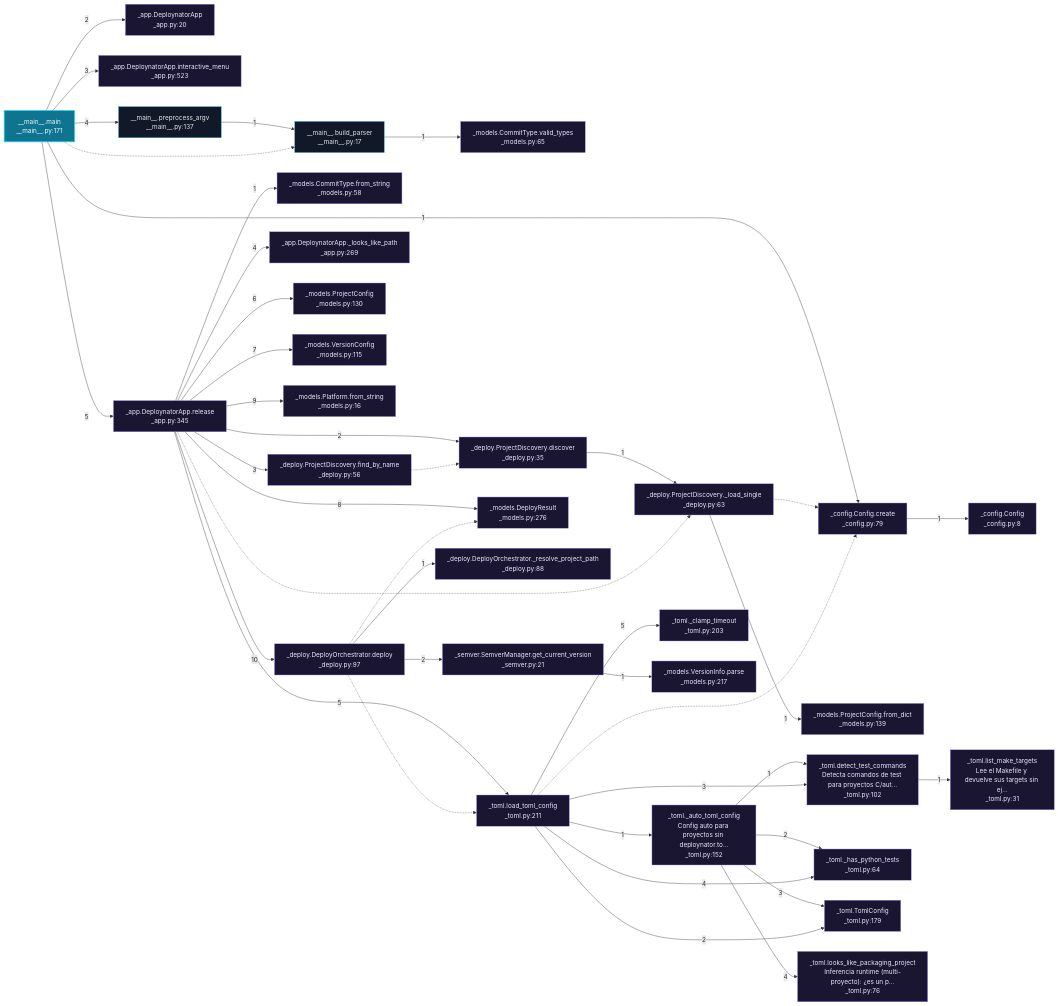
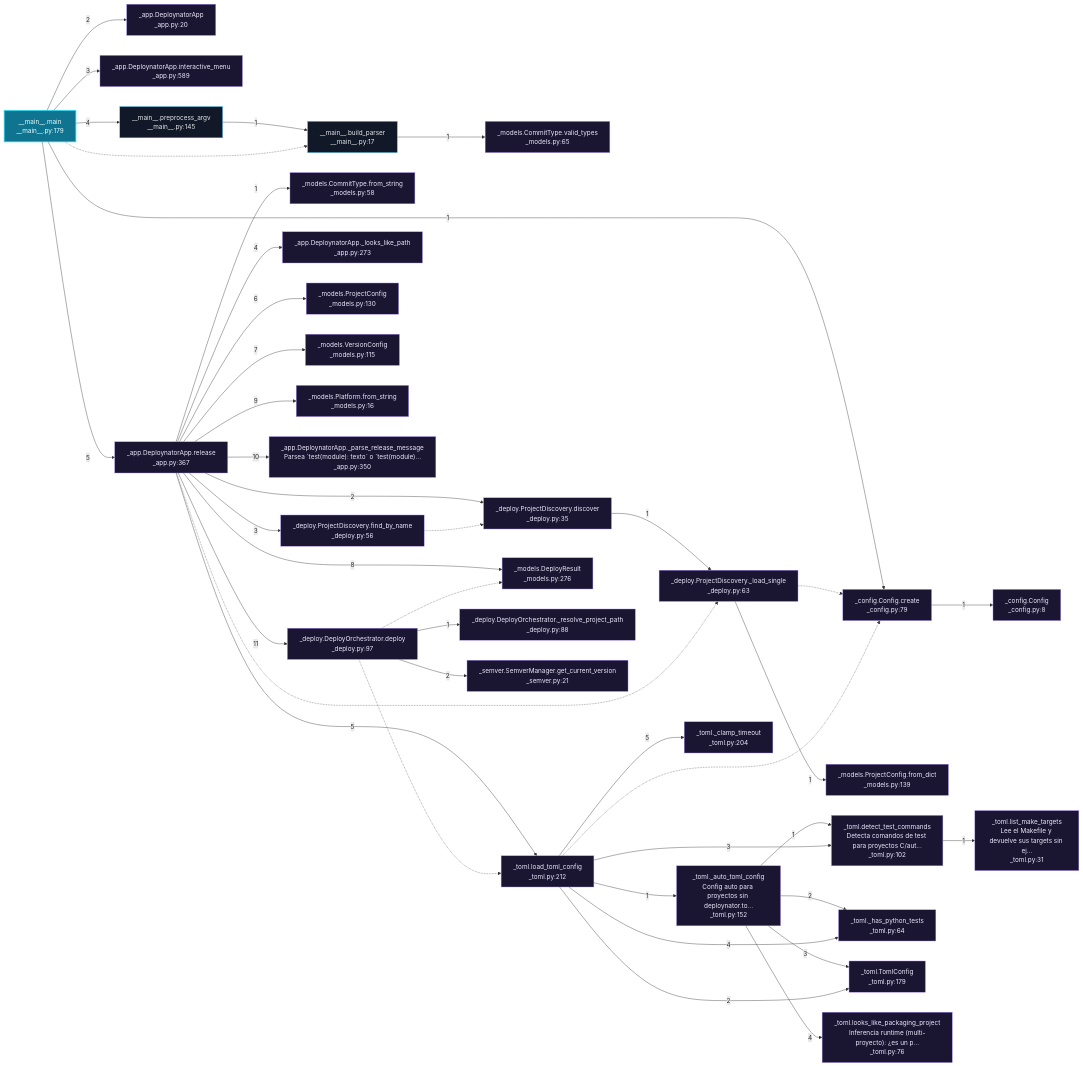
Before and after one commit to grisuno/deploynator: the sixth of 9 diagrams in readmenator-apidocs/architecture.md, drawn with Mermaid. The commit also changed other lines of this file and 86 other files, not shown here.

First line of the commit message:
test(module): testing deply with custom message (issue 785)

````diff
--- a/readmenator-apidocs/architecture.md
+++ b/readmenator-apidocs/architecture.md
@@ -318,77 +318,77 @@
 ```mermaid
 flowchart LR
     classDef default fill:#111827,stroke:#38bdf8,color:#e5e7eb;
     classDef entry fill:#0e7490,stroke:#22d3ee,color:#ecfeff,stroke-width:2px;
     classDef external fill:#1a1530,stroke:#a78bfa,color:#ede9fe;
-    n_deploynator___main___py__main["__main__.main<br/>__main__.py:171"]:::entry
+    n_deploynator___main___py__main["__main__.main<br/>__main__.py:179"]:::entry
     n_deploynator__config_py__create["_config.Config.create<br/>_config.py:79"]:::external
     n_deploynator__config_py__Config["_config.Config<br/>_config.py:8"]:::external
     n_deploynator__app_py__DeploynatorApp["_app.DeploynatorApp<br/>_app.py:20"]:::external
-    n_deploynator__app_py__interactive_menu["_app.DeploynatorApp.interactive_menu<br/>_app.py:523"]:::external
-    n_deploynator___main___py__preprocess_argv["__main__.preprocess_argv<br/>__main__.py:137"]:::default
+    n_deploynator__app_py__interactive_menu["_app.DeploynatorApp.interactive_menu<br/>_app.py:589"]:::external
+    n_deploynator___main___py__preprocess_argv["__main__.preprocess_argv<br/>__main__.py:145"]:::default
     n_deploynator___main___py__build_parser["__main__.build_parser<br/>__main__.py:17"]:::default
     n_deploynator__models_py__valid_types["_models.CommitType.valid_types<br/>_models.py:65"]:::external
-    n_deploynator__app_py__release["_app.DeploynatorApp.release<br/>_app.py:345"]:::external
+    n_deploynator__app_py__release["_app.DeploynatorApp.release<br/>_app.py:367"]:::external
     n_deploynator__models_py__from_string_58["_models.CommitType.from_string<br/>_models.py:58"]:::external
     n_deploynator__deploy_py__discover["_deploy.ProjectDiscovery.discover<br/>_deploy.py:35"]:::external
     n_deploynator__deploy_py___load_single["_deploy.ProjectDiscovery._load_single<br/>_deploy.py:63"]:::external
     n_deploynator__models_py__from_dict_139["_models.ProjectConfig.from_dict<br/>_models.py:139"]:::external
     n_deploynator__deploy_py__find_by_name["_deploy.ProjectDiscovery.find_by_name<br/>_deploy.py:56"]:::external
-    n_deploynator__app_py___looks_like_path["_app.DeploynatorApp._looks_like_path<br/>_app.py:269"]:::external
-    n_deploynator__toml_py__load_toml_config["_toml.load_toml_config<br/>_toml.py:211"]:::external
+    n_deploynator__app_py___looks_like_path["_app.DeploynatorApp._looks_like_path<br/>_app.py:273"]:::external
+    n_deploynator__toml_py__load_toml_config["_toml.load_toml_config<br/>_toml.py:212"]:::external
     n_deploynator__toml_py___auto_toml_config["_toml._auto_toml_config<br/>Config auto para proyectos sin deploynator.to...<br/>_toml.py:152"]:::external
     n_deploynator__toml_py__detect_test_commands["_toml.detect_test_commands<br/>Detecta comandos de test para proyectos C/aut...<br/>_toml.py:102"]:::external
     n_deploynator__toml_py___has_python_tests["_toml._has_python_tests<br/>_toml.py:64"]:::external
     n_deploynator__toml_py__TomlConfig["_toml.TomlConfig<br/>_toml.py:179"]:::external
     n_deploynator__toml_py__looks_like_packaging_project["_toml.looks_like_packaging_project<br/>Inferencia runtime (multi-proyecto): ¿es un p...<br/>_toml.py:76"]:::external
     n_deploynator__toml_py__list_make_targets["_toml.list_make_targets<br/>Lee el Makefile y devuelve sus targets sin ej...<br/>_toml.py:31"]:::external
-    n_deploynator__toml_py___clamp_timeout["_toml._clamp_timeout<br/>_toml.py:203"]:::external
+    n_deploynator__toml_py___clamp_timeout["_toml._clamp_timeout<br/>_toml.py:204"]:::external
     n_deploynator__models_py__ProjectConfig["_models.ProjectConfig<br/>_models.py:130"]:::external
     n_deploynator__models_py__VersionConfig["_models.VersionConfig<br/>_models.py:115"]:::external
     n_deploynator__models_py__DeployResult["_models.DeployResult<br/>_models.py:276"]:::external
     n_deploynator__models_py__from_string["_models.Platform.from_string<br/>_models.py:16"]:::external
+    n_deploynator__app_py___parse_release_message["_app.DeploynatorApp._parse_release_message<br/>Parsea #96;test(module): texto#96; o #96;test(module)...<br/>_app.py:350"]:::external
     n_deploynator__deploy_py__deploy["_deploy.DeployOrchestrator.deploy<br/>_deploy.py:97"]:::external
     n_deploynator__deploy_py___resolve_project_path["_deploy.DeployOrchestrator._resolve_project_path<br/>_deploy.py:88"]:::external
     n_deploynator__semver_py__get_current_version["_semver.SemverManager.get_current_version<br/>_semver.py:21"]:::external
-    n_deploynator__models_py__parse_217["_models.VersionInfo.parse<br/>_models.py:217"]:::external
     n_deploynator___main___py__main -->|"1"| n_deploynator__config_py__create
     n_deploynator__config_py__create -->|"1"| n_deploynator__config_py__Config
     n_deploynator___main___py__main -->|"2"| n_deploynator__app_py__DeploynatorApp
     n_deploynator___main___py__main -->|"3"| n_deploynator__app_py__interactive_menu
     n_deploynator___main___py__main -->|"4"| n_deploynator___main___py__preprocess_argv
     n_deploynator___main___py__preprocess_argv -->|"1"| n_deploynator___main___py__build_parser
     n_deploynator___main___py__build_parser -->|"1"| n_deploynator__models_py__valid_types
     n_deploynator___main___py__main -.-> n_deploynator___main___py__build_parser
     n_deploynator___main___py__main -->|"5"| n_deploynator__app_py__release
     n_deploynator__app_py__release -->|"1"| n_deploynator__models_py__from_string_58
     n_deploynator__app_py__release -->|"2"| n_deploynator__deploy_py__discover
     n_deploynator__deploy_py__discover -->|"1"| n_deploynator__deploy_py___load_single
     n_deploynator__deploy_py___load_single -.-> n_deploynator__config_py__create
     n_deploynator__deploy_py___load_single -->|"1"| n_deploynator__models_py__from_dict_139
     n_deploynator__app_py__release -->|"3"| n_deploynator__deploy_py__find_by_name
     n_deploynator__deploy_py__find_by_name -.-> n_deploynator__deploy_py__discover
     n_deploynator__app_py__release -->|"4"| n_deploynator__app_py___looks_like_path
     n_deploynator__app_py__release -->|"5"| n_deploynator__toml_py__load_toml_config
     n_deploynator__toml_py__load_toml_config -->|"1"| n_deploynator__toml_py___auto_toml_config
     n_deploynator__toml_py___auto_toml_config -->|"1"| n_deploynator__toml_py__detect_test_commands
     n_deploynator__toml_py___auto_toml_config -->|"2"| n_deploynator__toml_py___has_python_tests
     n_deploynator__toml_py___auto_toml_config -->|"3"| n_deploynator__toml_py__TomlConfig
     n_deploynator__toml_py___auto_toml_config -->|"4"| n_deploynator__toml_py__looks_like_packaging_project
     n_deploynator__toml_py__load_toml_config -->|"2"| n_deploynator__toml_py__TomlConfig
     n_deploynator__toml_py__load_toml_config -.-> n_deploynator__config_py__create
     n_deploynator__toml_py__load_toml_config -->|"3"| n_deploynator__toml_py__detect_test_commands
     n_deploynator__toml_py__detect_test_commands -->|"1"| n_deploynator__toml_py__list_make_targets
     n_deploynator__toml_py__load_toml_config -->|"4"| n_deploynator__toml_py___has_python_tests
     n_deploynator__toml_py__load_toml_config -->|"5"| n_deploynator__toml_py___clamp_timeout
     n_deploynator__app_py__release -->|"6"| n_deploynator__models_py__ProjectConfig
     n_deploynator__app_py__release -->|"7"| n_deploynator__models_py__VersionConfig
     n_deploynator__app_py__release -.-> n_deploynator__deploy_py___load_single
     n_deploynator__app_py__release -->|"8"| n_deploynator__models_py__DeployResult
     n_deploynator__app_py__release -->|"9"| n_deploynator__models_py__from_string
-    n_deploynator__app_py__release -->|"10"| n_deploynator__deploy_py__deploy
+    n_deploynator__app_py__release -->|"10"| n_deploynator__app_py___parse_release_message
+    n_deploynator__app_py__release -->|"11"| n_deploynator__deploy_py__deploy
     n_deploynator__deploy_py__deploy -->|"1"| n_deploynator__deploy_py___resolve_project_path
     n_deploynator__deploy_py__deploy -.-> n_deploynator__models_py__DeployResult
     n_deploynator__deploy_py__deploy -.-> n_deploynator__toml_py__load_toml_config
     n_deploynator__deploy_py__deploy -->|"2"| n_deploynator__semver_py__get_current_version
-    n_deploynator__semver_py__get_current_version -->|"1"| n_deploynator__models_py__parse_217
 ```
````
